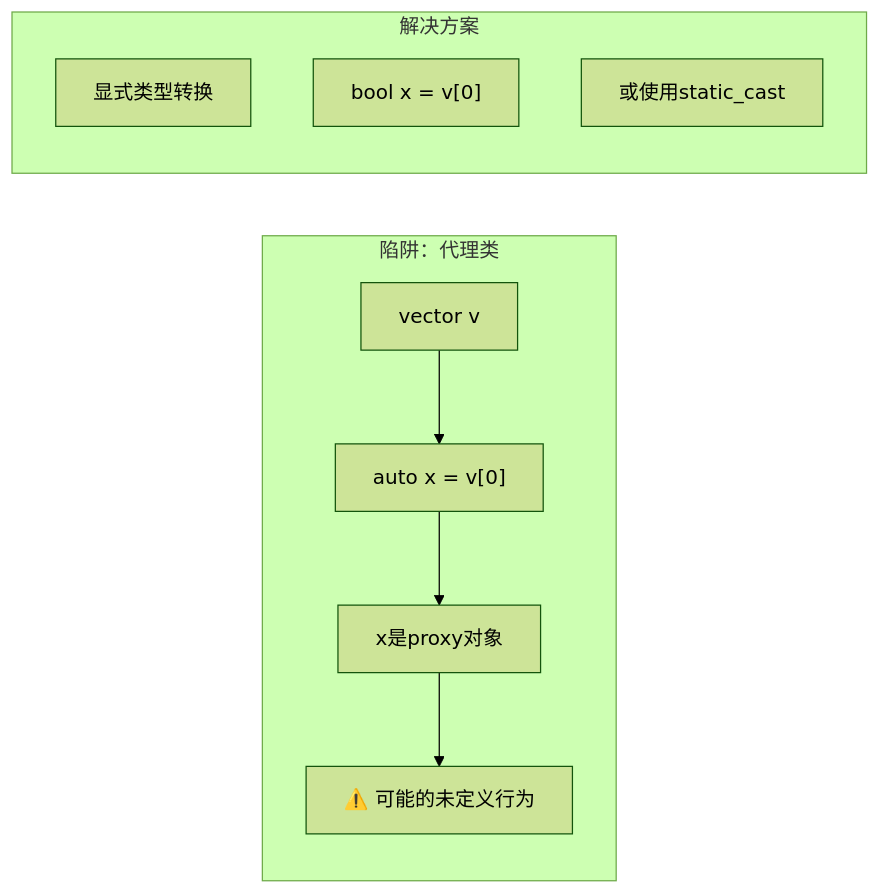
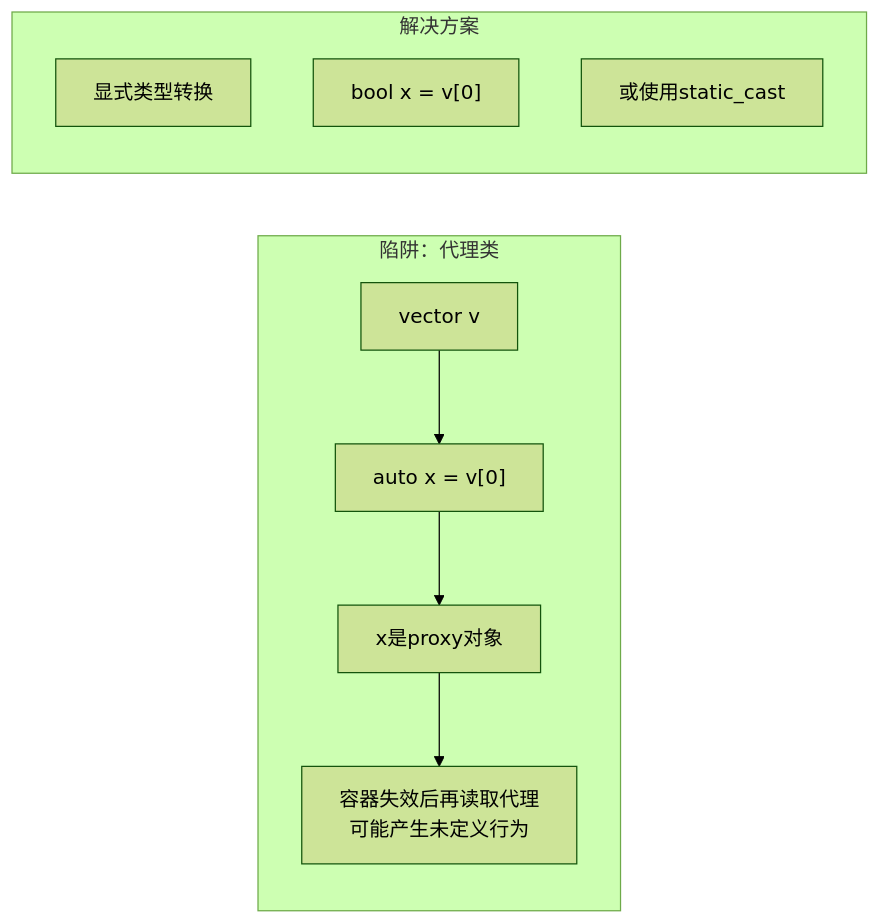
Before and after one commit to mlbo/cpp_learning: the eighth of 13 diagrams in week_01/day_02/README.md, drawn with Mermaid (forest theme). The commit also changed other lines of this file and 675 other files, not shown here.

````diff
--- a/week_01/day_02/README.md
+++ b/week_01/day_02/README.md
@@ -176,14 +311,14 @@
 ```mermaid
 flowchart LR
     subgraph "陷阱：代理类"
     A["vector<bool> v"] --> B["auto x = v[0]"]
     B --> C["x是proxy对象"]
-    C --> D["⚠️ 可能的未定义行为"]
+    C --> D["容器失效后再读取代理<br/>可能产生未定义行为"]
     end
     
     subgraph "解决方案"
     E["显式类型转换"]
     F["bool x = v[0]"]
     G["或使用static_cast"]
     end
 ```
````
